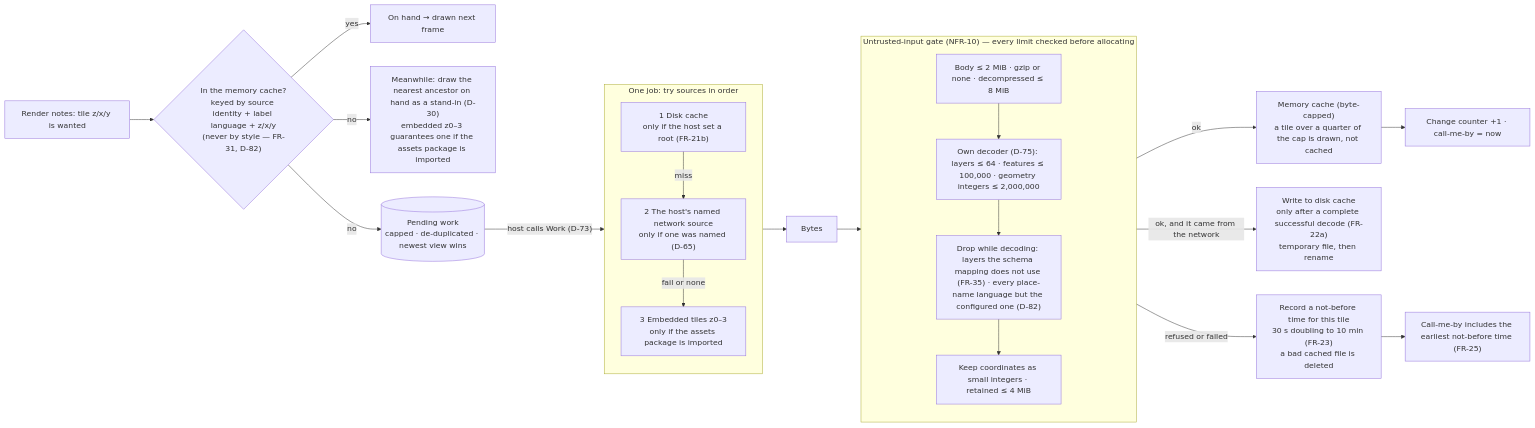
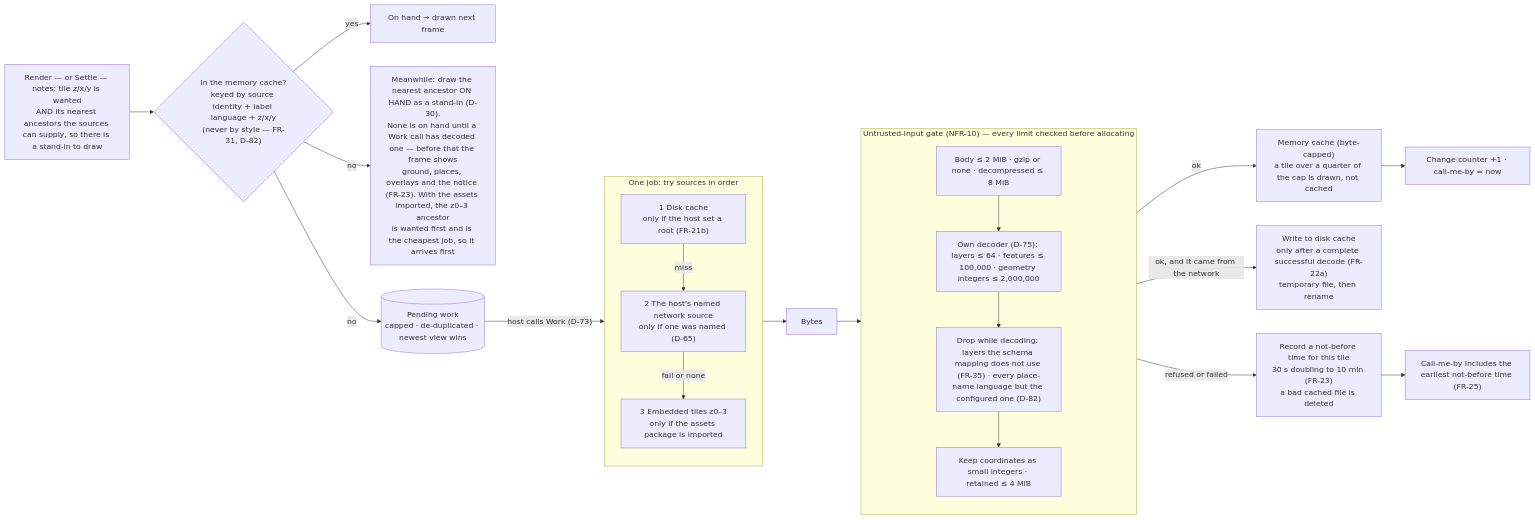
One commit to branden-thompson/go-tuimaps changed the first of 3 diagrams in 06_docs/02_features/go-tuimaps/03-architecture-design/L2-tiles.md. Above: the diagram before and after it, drawn with Mermaid. The commit also changed other lines of this file and 17 other files, not shown here.

First line of the commit message:
docs(plan): eight missing diagrams drawn; six contradictions between diagrams removed; the index completed

````diff
--- a/06_docs/02_features/go-tuimaps/03-architecture-design/L2-tiles.md
+++ b/06_docs/02_features/go-tuimaps/03-architecture-design/L2-tiles.md
@@ -9,31 +9,31 @@
 ```mermaid
 flowchart LR
-    NEED["Render notes: tile z/x/y is wanted"] --> MEM{"In the memory cache?<br/>keyed by source identity + label language + z/x/y<br/>(never by style — FR-31, D-82)"}
+    NEED["Render — or Settle — notes: tile z/x/y is wanted<br/>AND its nearest ancestors the sources can supply, so there is a stand-in to draw"] --> MEM{"In the memory cache?<br/>keyed by source identity + label language + z/x/y<br/>(never by style — FR-31, D-82)"}
     MEM -- yes --> USE["On hand → drawn next frame"]
-    MEM -- no --> ANC["Meanwhile: draw the nearest ancestor on hand as a stand-in (D-30)<br/>embedded z0–3 guarantees one if the assets package is imported"]
+    MEM -- no --> ANC["Meanwhile: draw the nearest ancestor ON HAND as a stand-in (D-30).<br/>None is on hand until a Work call has decoded one — before that the frame shows<br/>ground, places, overlays and the notice (FR-23). With the assets imported, the z0–3 ancestor<br/>is wanted first and is the cheapest job, so it arrives first"]
     MEM -- no --> Q[("Pending work<br/>capped · de-duplicated · newest view wins")]
     Q -- "host calls Work (D-73)" --> ORDER
 
     subgraph ORDER["One job: try sources in order"]
       direction TB
       S1["1 Disk cache<br/>only if the host set a root (FR-21b)"]
       S2["2 The host's named network source<br/>only if one was named (D-65)"]
       S3["3 Embedded tiles z0–3<br/>only if the assets package is imported"]
       S1 -- miss --> S2 -- "fail or none" --> S3
     end
 
     ORDER --> BYTES["Bytes"] --> GATE
     subgraph GATE["Untrusted-input gate (NFR-10) — every limit checked before allocating"]
       direction TB
       G1["Body ≤ 2 MiB · gzip or none · decompressed ≤ 8 MiB"]
       G2["Own decoder (D-75): layers ≤ 64 · features ≤ 100,000 · geometry integers ≤ 2,000,000"]
       G3["Drop while decoding: layers the schema mapping does not use (FR-35) · every place-name language but the configured one (D-82)"]
       G4["Keep coordinates as small integers · retained ≤ 4 MiB"]
       G1 --> G2 --> G3 --> G4
     end
     GATE -- "ok" --> STORE["Memory cache (byte-capped)<br/>a tile over a quarter of the cap is drawn, not cached"]
     GATE -- "ok, and it came from the network" --> WRITE["Write to disk cache<br/>only after a complete successful decode (FR-22a)<br/>temporary file, then rename"]
     GATE -- "refused or failed" --> FAIL["Record a not-before time for this tile<br/>30 s doubling to 10 min (FR-23)<br/>a bad cached file is deleted"]
     STORE --> BUMP["Change counter +1 · call-me-by = now"]
     FAIL --> DL["Call-me-by includes the earliest not-before time (FR-25)"]
 ```
````
